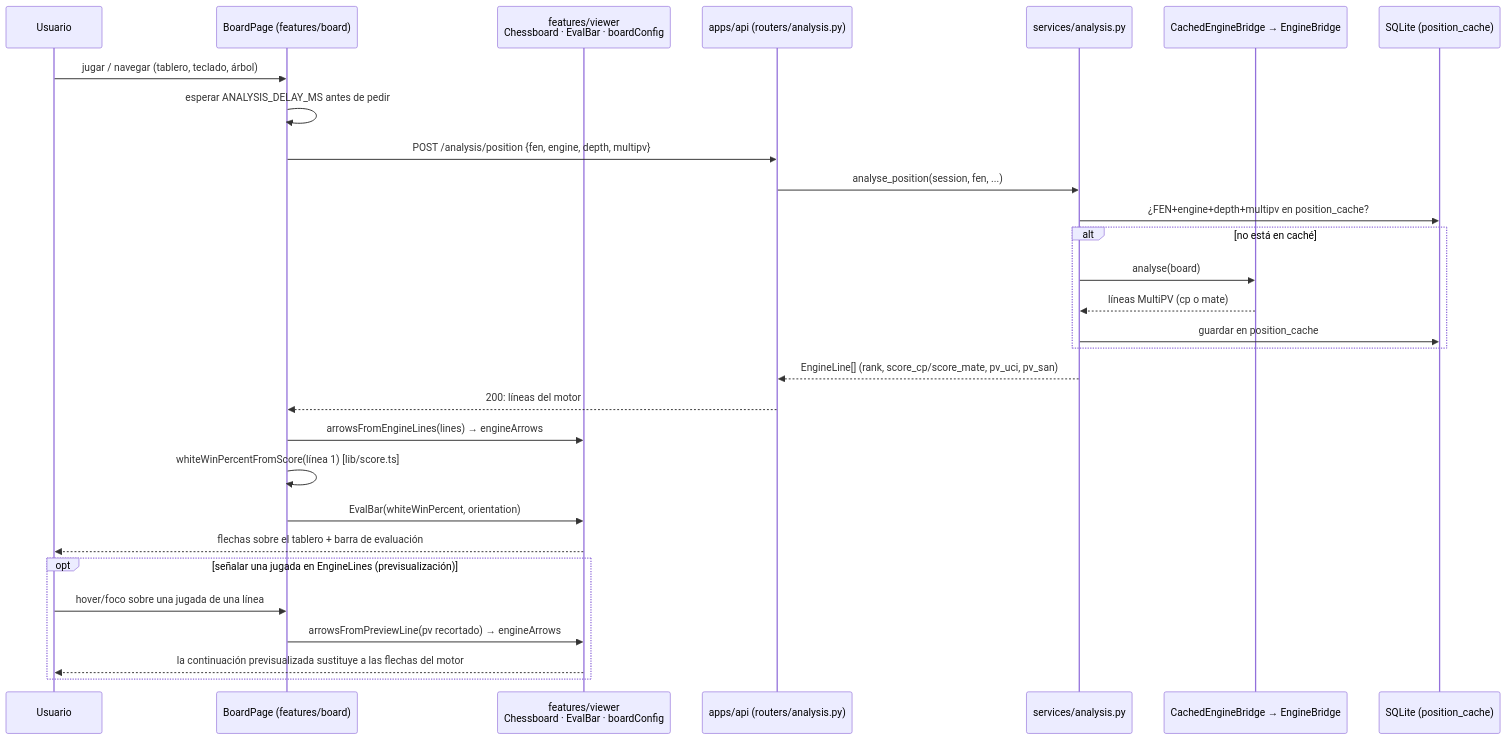
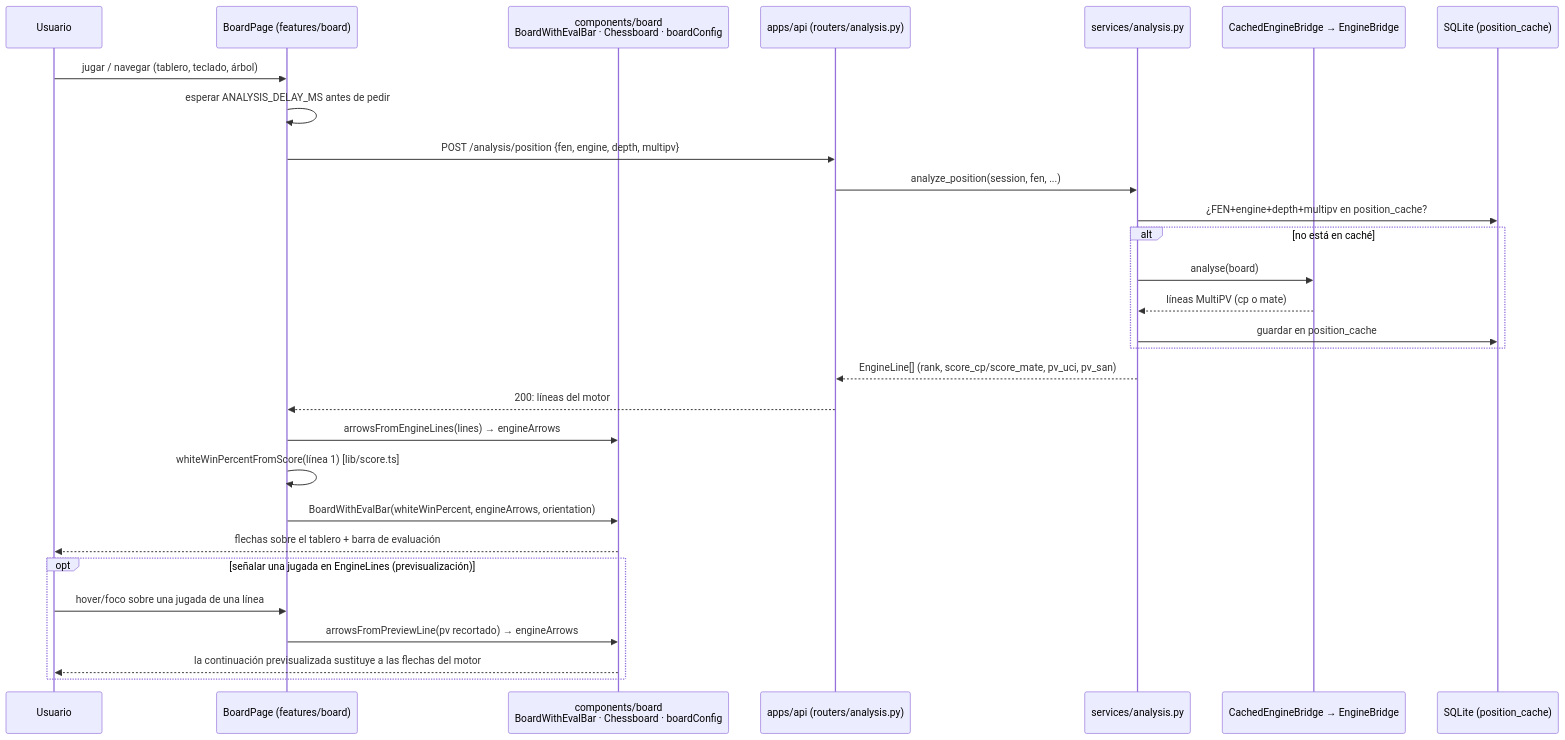
The fifth of 5 diagrams in docs/06-mapa-del-proyecto.md (SirJsus/LUCIA), drawn with Mermaid before and after one commit. The commit also changed other lines of this file and 42 other files, not shown here.

````diff
--- a/docs/06-mapa-del-proyecto.md
+++ b/docs/06-mapa-del-proyecto.md
@@ -183,33 +198,33 @@
 ```mermaid
 sequenceDiagram
     participant U as Usuario
     participant B as BoardPage (features/board)
-    participant V as features/viewer<br/>Chessboard · EvalBar · boardConfig
+    participant V as components/board<br/>BoardWithEvalBar · Chessboard · boardConfig
     participant A as apps/api (routers/analysis.py)
     participant S as services/analysis.py
     participant E as CachedEngineBridge → EngineBridge
     participant DB as SQLite (position_cache)
 
     U->>B: jugar / navegar (tablero, teclado, árbol)
     B->>B: esperar ANALYSIS_DELAY_MS antes de pedir
     B->>A: POST /analysis/position {fen, engine, depth, multipv}
-    A->>S: analyse_position(session, fen, ...)
+    A->>S: analyze_position(session, fen, ...)
     S->>DB: ¿FEN+engine+depth+multipv en position_cache?
     alt no está en caché
         S->>E: analyse(board)
         E-->>S: líneas MultiPV (cp o mate)
         S->>DB: guardar en position_cache
     end
     S-->>A: EngineLine[] (rank, score_cp/score_mate, pv_uci, pv_san)
     A-->>B: 200: líneas del motor
     B->>V: arrowsFromEngineLines(lines) → engineArrows
     B->>B: whiteWinPercentFromScore(línea 1) [lib/score.ts]
-    B->>V: EvalBar(whiteWinPercent, orientation)
+    B->>V: BoardWithEvalBar(whiteWinPercent, engineArrows, orientation)
     V-->>U: flechas sobre el tablero + barra de evaluación
 
     opt señalar una jugada en EngineLines (previsualización)
         U->>B: hover/foco sobre una jugada de una línea
         B->>V: arrowsFromPreviewLine(pv recortado) → engineArrows
         V-->>U: la continuación previsualizada sustituye a las flechas del motor
     end
 ```
````
